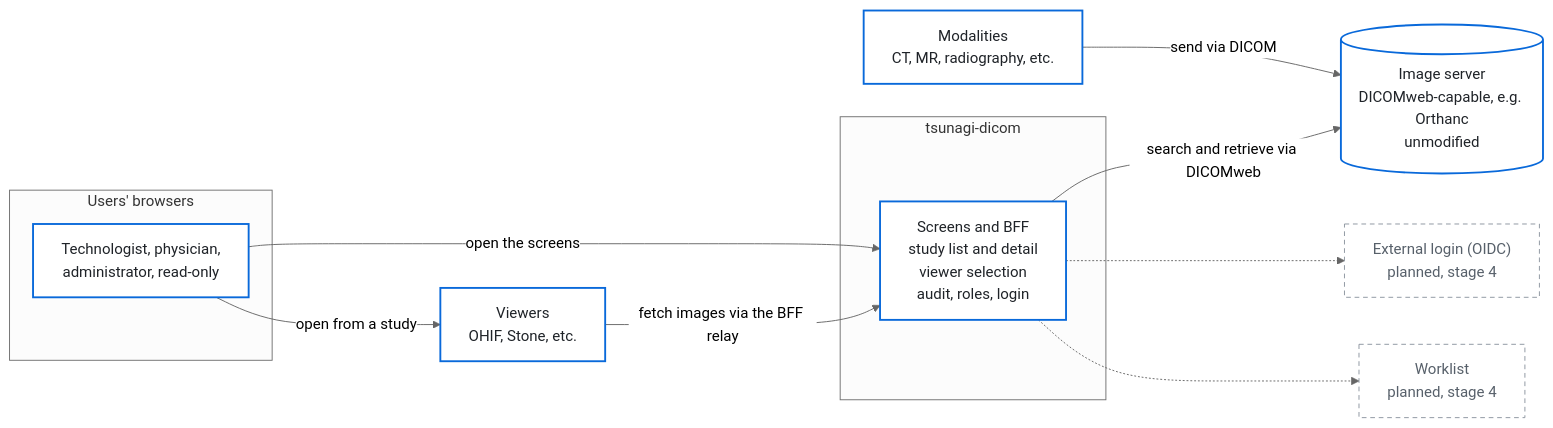
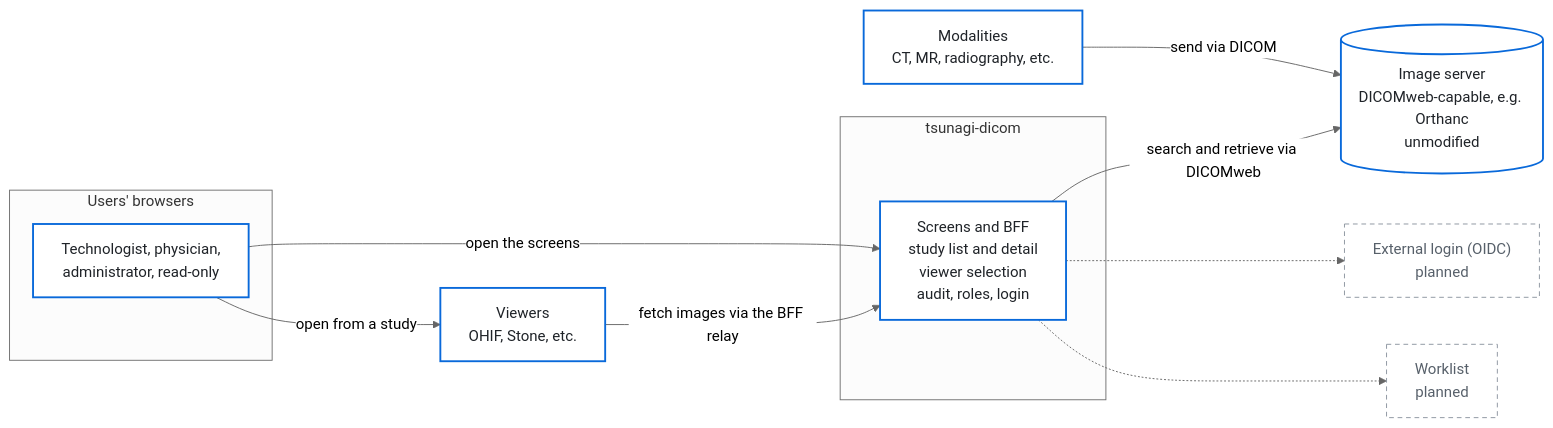
Before and after one commit to jeysunit/tsunagi-dicom: the first of 3 diagrams in README.en.md, drawn with Mermaid (neutral theme). The commit also changed other lines of this file and 1 other file, not shown here.

````diff
--- a/README.en.md
+++ b/README.en.md
@@ -29,25 +15,25 @@
 ```mermaid
 flowchart LR
   classDef box fill:#ffffff,stroke:#0969da,stroke-width:2px,color:#1f2328
   classDef plan fill:#ffffff,stroke:#8c959f,stroke-dasharray:5 4,color:#57606a
 
   MOD["Modalities<br/>CT, MR, radiography, etc."]:::box
   PACS[("Image server<br/>DICOMweb-capable, e.g. Orthanc<br/>unmodified")]:::box
   subgraph TSUNAGI["tsunagi-dicom"]
     BFF["Screens and BFF<br/>study list and detail<br/>viewer selection<br/>audit, roles, login"]:::box
   end
   VIEWER["Viewers<br/>OHIF, Stone, etc."]:::box
   subgraph USERS["Users' browsers"]
     USER["Technologist, physician,<br/>administrator, read-only"]:::box
   end
-  OIDC["External login (OIDC)<br/>planned, stage 4"]:::plan
-  WL["Worklist<br/>planned, stage 4"]:::plan
+  OIDC["External login (OIDC)<br/>planned"]:::plan
+  WL["Worklist<br/>planned"]:::plan
 
   MOD -->|"send via DICOM"| PACS
   BFF -->|"search and retrieve via DICOMweb"| PACS
   USER -->|"open the screens"| BFF
   USER -->|"open from a study"| VIEWER
   VIEWER -->|"fetch images via the BFF relay"| BFF
   BFF -.-> OIDC
   BFF -.-> WL
 ```
````
